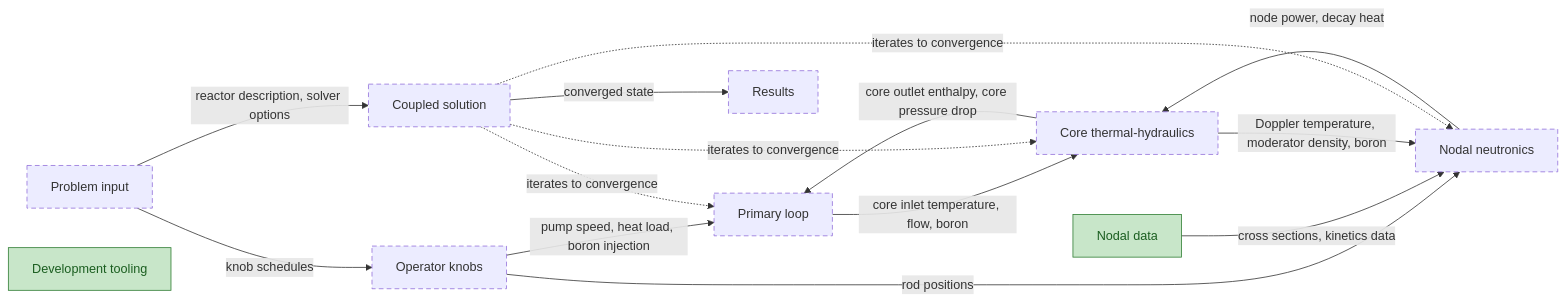
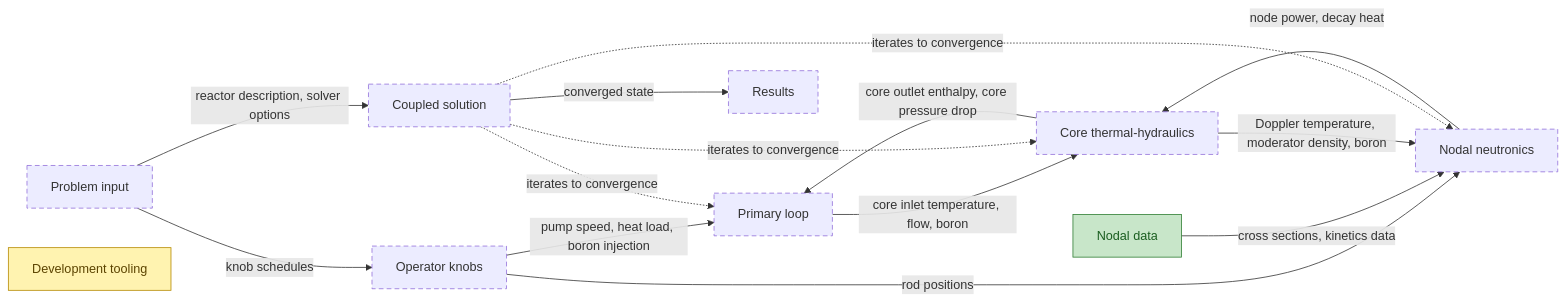
The first of 15 diagrams in Planning/DBC/CONCEPTS.md (aurja130/URUS), drawn with Mermaid before and after one commit. The commit also changed other lines of this file and 2 other files, not shown here.

````diff
--- a/Planning/DBC/CONCEPTS.md
+++ b/Planning/DBC/CONCEPTS.md
@@ -20,23 +20,24 @@
 ```mermaid
 flowchart LR
 classDef implemented fill:#c8e6c9,stroke:#2e7d32,color:#1b5e20
 classDef partial fill:#fff3b0,stroke:#b58900,color:#5c4400
 classDef planned stroke-dasharray:6 4
 classDef external fill:#eeeeee,stroke:#9e9e9e,stroke-dasharray:1 3,color:#616161
 ProblemInput["Problem input"] -->|knob schedules| Knobs["Operator knobs"]
 ProblemInput -->|reactor description, solver options| Coupling["Coupled solution"]
 Knobs -->|pump speed, heat load, boron injection| PrimaryLoop["Primary loop"]
 Knobs -->|rod positions| Neutronics["Nodal neutronics"]
 NodalLibrary["Nodal data"] -->|cross sections, kinetics data| Neutronics
 PrimaryLoop -->|core inlet temperature, flow, boron| CoreThermalHydraulics["Core thermal-hydraulics"]
 CoreThermalHydraulics -->|core outlet enthalpy, core pressure drop| PrimaryLoop
 Neutronics -->|node power, decay heat| CoreThermalHydraulics
 CoreThermalHydraulics -->|Doppler temperature, moderator density, boron| Neutronics
 Coupling -.->|iterates to convergence| Neutronics
 Coupling -.->|iterates to convergence| CoreThermalHydraulics
 Coupling -.->|iterates to convergence| PrimaryLoop
 Coupling -->|converged state| Results["Results"]
 Tooling["Development tooling"]
 class ProblemInput,Knobs,Neutronics,CoreThermalHydraulics,PrimaryLoop,Coupling,Results planned
-class NodalLibrary,Tooling implemented
+class NodalLibrary implemented
+class Tooling partial
 ```
````
